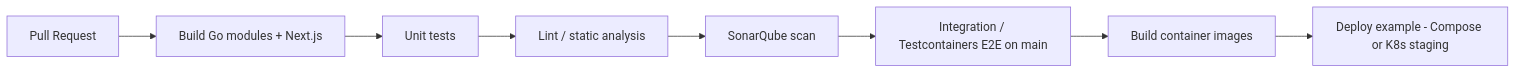
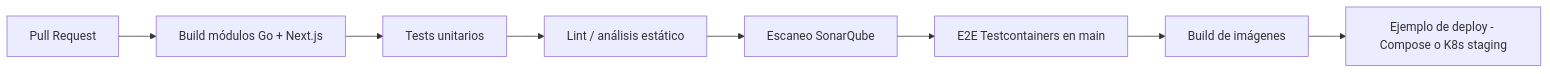
Before and after one commit to bue221/proyecto-arquitectura-software-emergente: the diagram in wiki/CI-CD.md, drawn with Mermaid. The commit also changed other lines of this file and 38 other files, not shown here.

````diff
--- a/wiki/CI-CD.md
+++ b/wiki/CI-CD.md
@@ -17,10 +17,10 @@
 ```mermaid
 flowchart LR
-  PR[Pull Request] --> B[Build Go modules + Next.js]
-  B --> U[Unit tests]
-  U --> L[Lint / static analysis]
-  L --> S[SonarQube scan]
-  S --> I[Integration / Testcontainers E2E on main]
-  I --> IMG[Build container images]
-  IMG --> DEP[Deploy example - Compose or K8s staging]
+  PR[Pull Request] --> B[Build módulos Go + Next.js]
+  B --> U[Tests unitarios]
+  U --> L[Lint / análisis estático]
+  L --> S[Escaneo SonarQube]
+  S --> I[E2E Testcontainers en main]
+  I --> IMG[Build de imágenes]
+  IMG --> DEP[Ejemplo de deploy - Compose o K8s staging]
 ```
````
